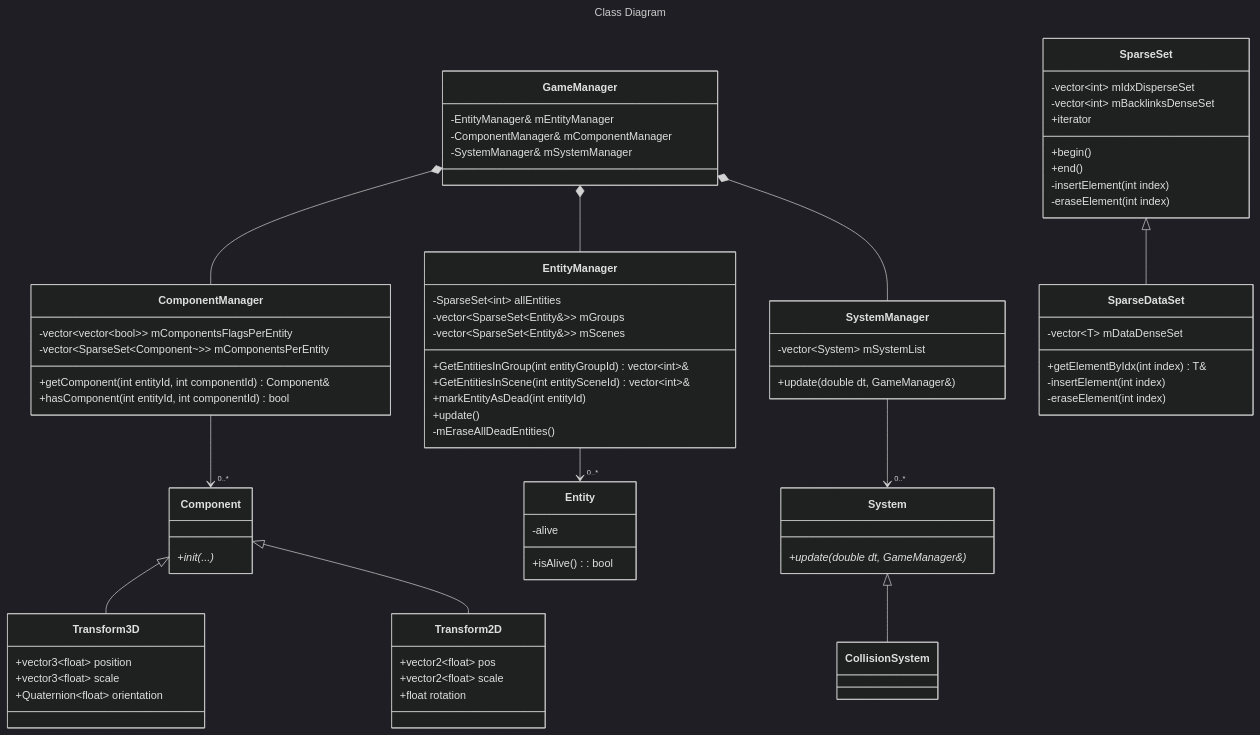
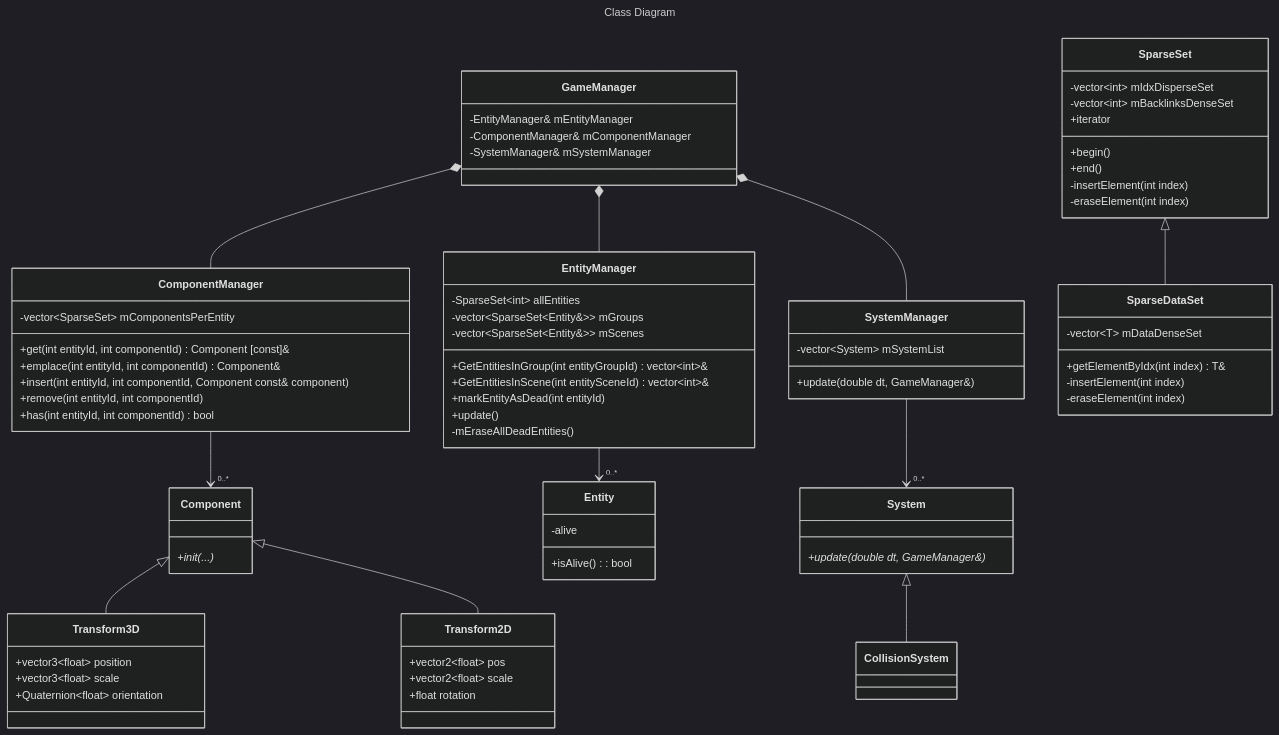
The second of 2 diagrams in documentation/architecture.md (IzanDeVegaLopez/Proyectos3_GDV_2025_26), drawn with Mermaid (dark theme) before and after one commit.

Commit message:
Concreted how sparse_set is used in Component Storage (Manager)

````diff
--- a/documentation/architecture.md
+++ b/documentation/architecture.md
@@ -34,76 +34,81 @@
 ```mermaid
 ---
 title: Class Diagram
 ---
 classDiagram
 	GameManager *-- EntityManager
 	GameManager *-- ComponentManager
 	GameManager *-- SystemManager
 	SystemManager --> "0..*" System
 	EntityManager --> "0..*" Entity
 	ComponentManager --> "0..*" Component
 	Component <|-- Transform3D  
 	Component <|-- Transform2D
 	System <|-- CollisionSystem
 	SparseSet <|-- SparseDataSet
 	class Entity{
 		-alive
 		+isAlive() : bool
 	}
 	class Component{
 		+init(...)*
 	}
 	class SystemManager{
 		-vector~System~ mSystemList
 		+update(double dt, GameManager&)
 	}
 	class System{
 		+update(double dt, GameManager&)*
 	}
 	class ComponentManager{
-		-vector~vector~bool~~ mComponentsFlagsPerEntity
-		-vector~SparseSet~Component~~~ mComponentsPerEntity
-		+getComponent(int entityId, int componentId) Component&
-		+hasComponent(int entityId, int componentId) bool
+		%% these SparseSets are type erased,
+		%% size of component is passed at runtime
+		-vector~SparseSet~ mComponentsPerEntity
+
+		+get<Component>(int entityId, int componentId) Component [const]&
+		+emplace<Component>(int entityId, int componentId) Component&
+		+insert<Component>(int entityId, int componentId, Component const& component)
+		+remove<Component>(int entityId, int componentId)
+		+has<Component>(int entityId, int componentId) bool
 	}
 	class GameManager{
 		-EntityManager& mEntityManager
 		-ComponentManager& mComponentManager
 		-SystemManager& mSystemManager
 	}
     class EntityManager{
         -SparseSet~int~ allEntities
 		-vector~SparseSet~Entity&~~ mGroups
 		-vector~SparseSet~Entity&~~ mScenes
 		+GetEntitiesInGroup(int entityGroupId) vector~int~&
 		+GetEntitiesInScene(int entitySceneId) vector~int~&
 		+markEntityAsDead(int entityId)
 		+update()
 		-mEraseAllDeadEntities()
     }
 	class SparseSet{
 		-vector~int~ mIdxDisperseSet
 		-vector~int~ mBacklinksDenseSet
 		+iterator
 		+begin()
 		+end()
 		-insertElement(int index)
 		-eraseElement(int index)
 	}
     class SparseDataSet~T~{
 		-vector~T~ mDataDenseSet
 		+getElementByIdx(int index) T&
 		-insertElement(int index)
 		-eraseElement(int index)
     }
 	class Transform3D{
 		+vector3~float~ position
 		+vector3~float~ scale
 		+Quaternion~float~ orientation
 	}
 	class Transform2D{
 		+vector2~float~ pos
 		+vector2~float~ scale
 		+float rotation
 	}
 ```
````
